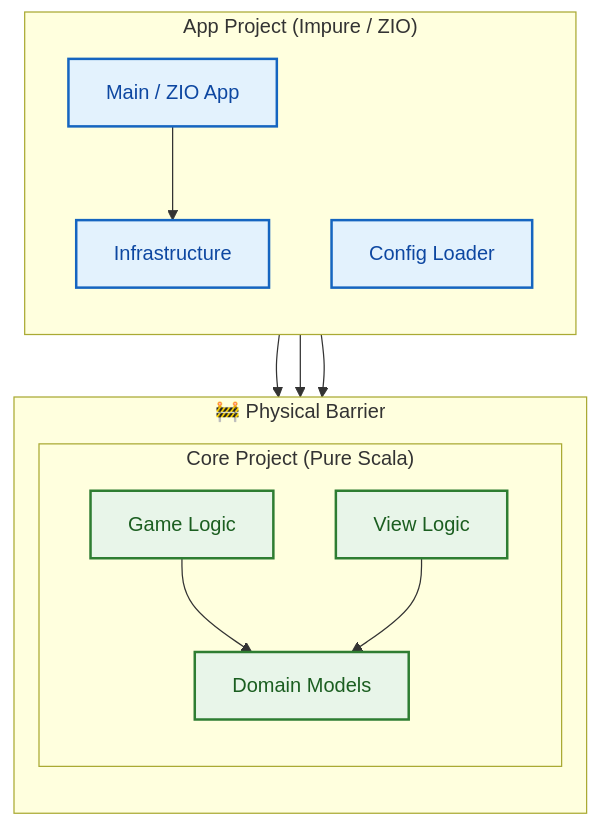
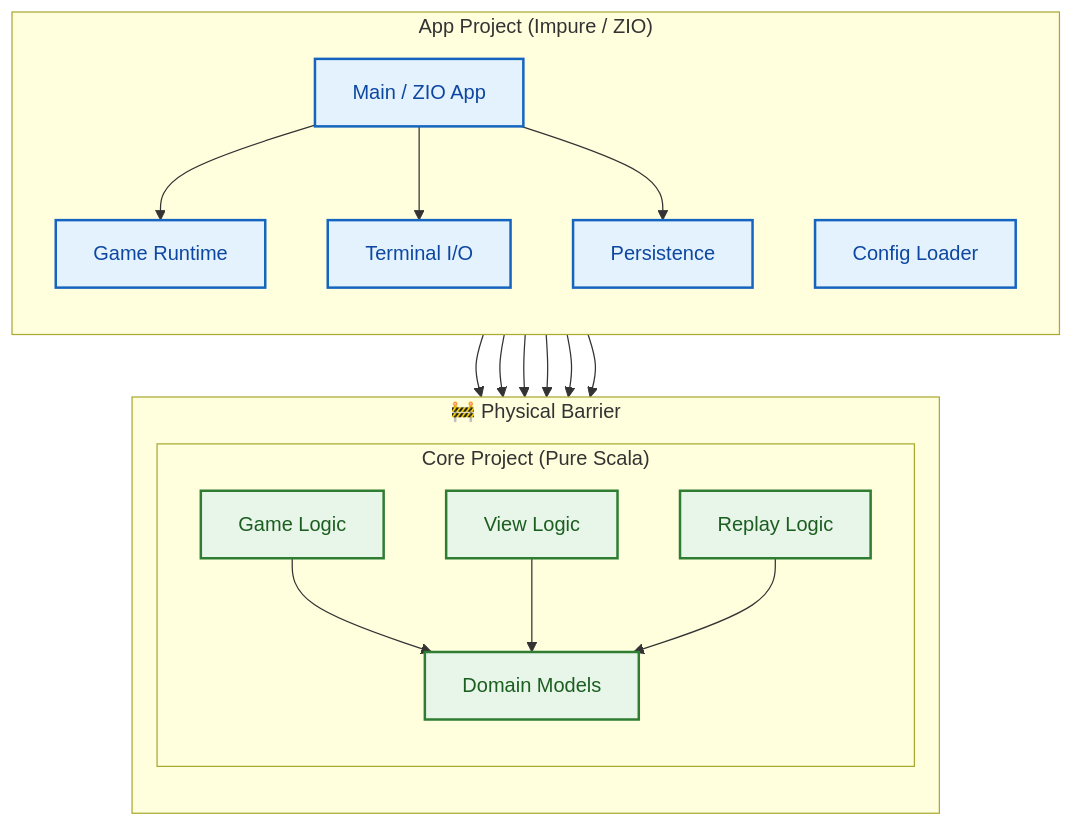
One commit to fffclaypool/monadris changed the second of 3 diagrams in README.md. Above: the diagram before and after it, drawn with Mermaid. The commit also changed other lines of this file, not shown here.

First line of the commit message:
docs: update README to reflect current architecture

````diff
--- a/README.md
+++ b/README.md
@@ -66,30 +67,39 @@
 ```mermaid
 graph TD
     %% Styles
     classDef pure fill:#e8f5e9,stroke:#2e7d32,stroke-width:2px,color:#1b5e20;
     classDef impure fill:#e3f2fd,stroke:#1565c0,stroke-width:2px,color:#0d47a1;
     classDef boundary fill:none,stroke:#90a4ae,stroke-width:2px,stroke-dasharray: 5 5;
 
     subgraph AppProject ["App Project (Impure / ZIO)"]
         direction TB
         Main["Main / ZIO App"]:::impure
-        Infra["Infrastructure"]:::impure
+        GameInfra["Game Runtime"]:::impure
+        Terminal["Terminal I/O"]:::impure
+        Persistence["Persistence"]:::impure
         ConfigLoader["Config Loader"]:::impure
     end
 
     subgraph Boundary ["🚧 Physical Barrier"]
         direction TB
         subgraph CoreProject ["Core Project (Pure Scala)"]
             Logic["Game Logic"]:::pure
             Domain["Domain Models"]:::pure
             View["View Logic"]:::pure
+            Replay["Replay Logic"]:::pure
         end
     end
 
-    Main --> Infra
-    Infra --> Logic
-    Infra --> View
+    Main --> GameInfra
+    Main --> Terminal
+    Main --> Persistence
+    GameInfra --> Logic
+    GameInfra --> View
+    GameInfra --> Replay
+    Terminal --> View
+    Persistence --> Replay
     Logic --> Domain
     View --> Domain
+    Replay --> Domain
     ConfigLoader --> Domain
 ```
````
